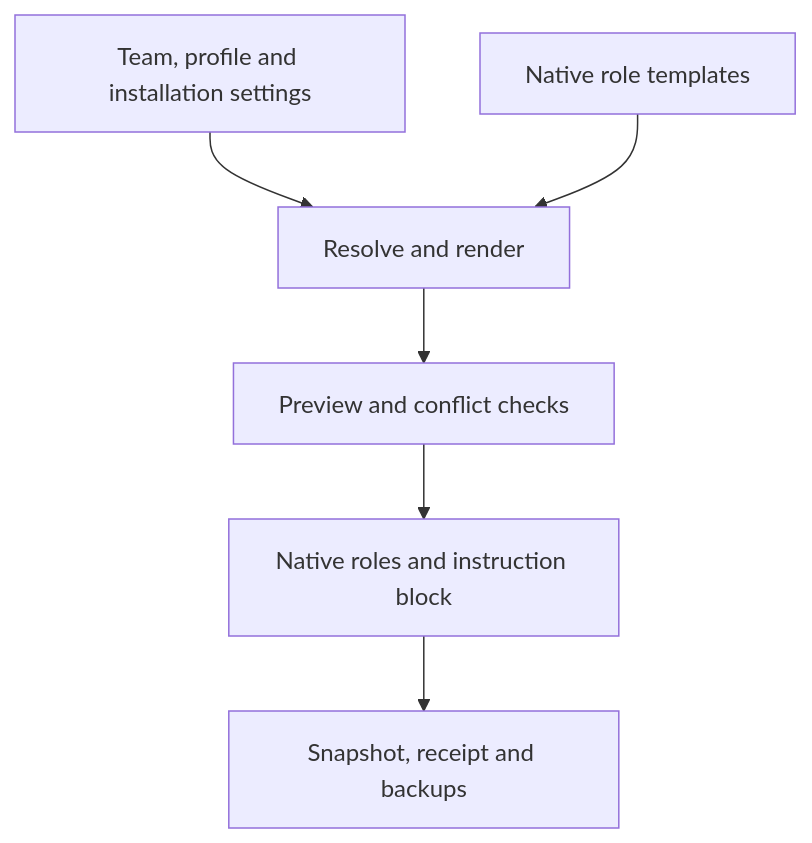
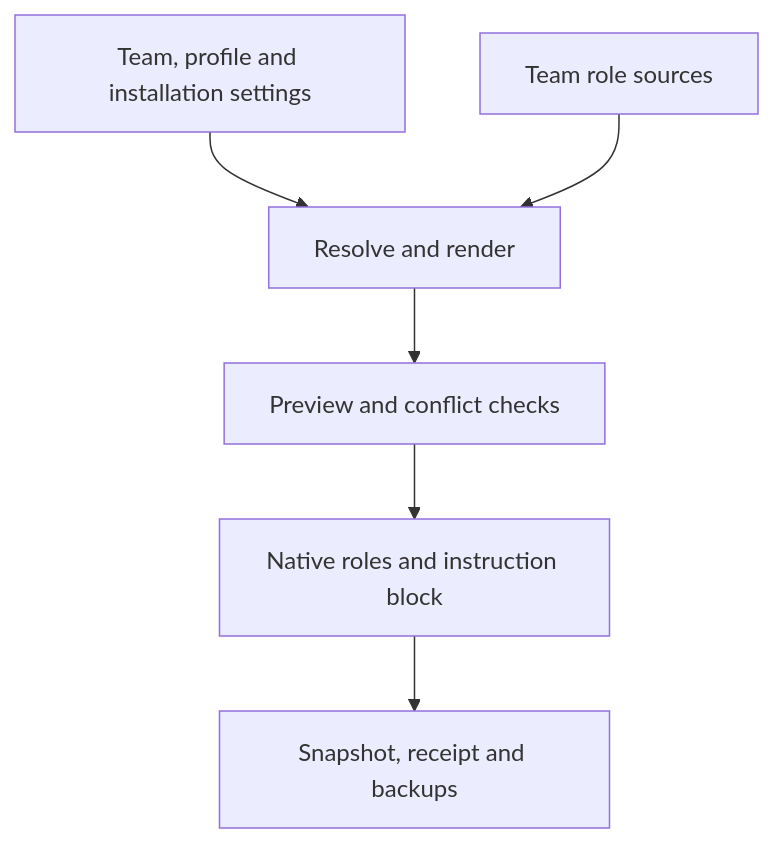
The diagram in docs/architecture.md (pnetcloud/plex-ai), drawn with Mermaid before and after one commit. The commit also changed 58 other files, not shown here.

Commit message:
Compile native agents from independent team role sources

````diff
--- a/docs/architecture.md
+++ b/docs/architecture.md
@@ -7,8 +7,8 @@
 ```mermaid
 flowchart TD
     A[Team, profile and installation settings] --> B[Resolve and render]
-    T[Native role templates] --> B
+    T[Team role sources] --> B
     B --> C[Preview and conflict checks]
     C --> D[Native roles and instruction block]
     D --> E[Snapshot, receipt and backups]
 ```
````
